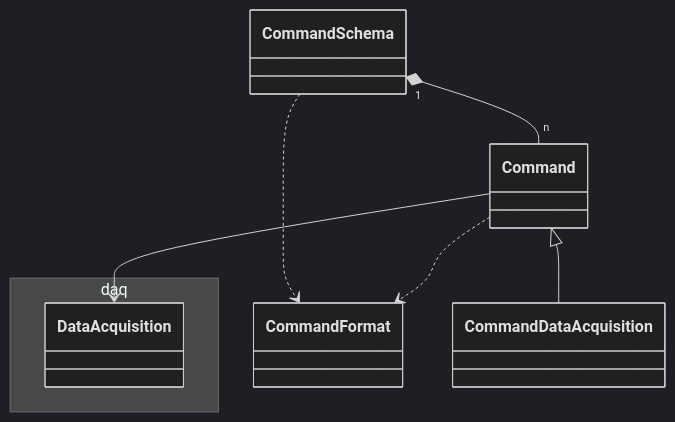
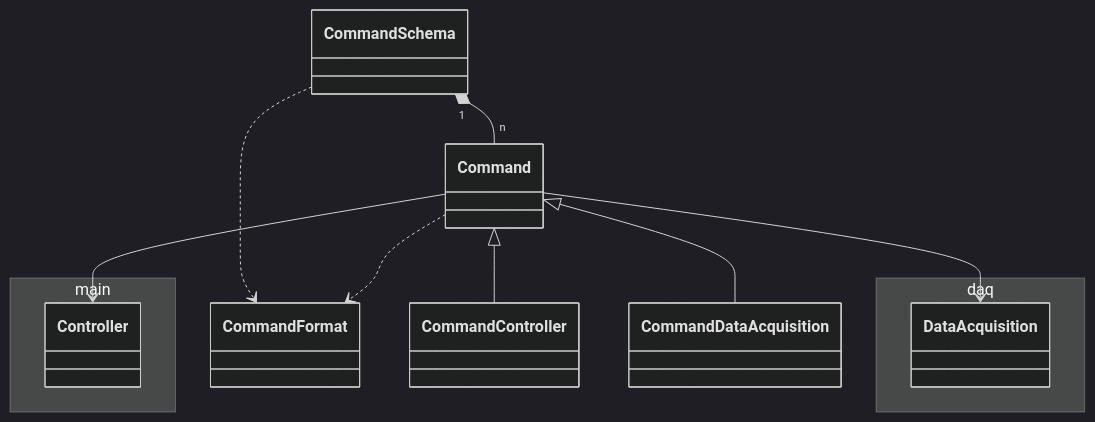
The fifth of 6 diagrams in doc/class_diagram.md (lsst-ts/ts_dynalene), drawn with Mermaid (dark theme) before and after one commit. The commit also changed other lines of this file and 2 other files, not shown here.

````diff
--- a/doc/class_diagram.md
+++ b/doc/class_diagram.md
@@ -143,15 +182,21 @@
 ```mermaid
 classDiagram
+
+namespace main {
+  class Controller
+}
 
 namespace daq {
   class DataAcquisition
 }
 
 CommandSchema "1" *-- "n" Command
 CommandSchema ..> CommandFormat
 
+Command --> Controller
 Command --> DataAcquisition
 Command ..> CommandFormat
 
+Command <|-- CommandController
 Command <|-- CommandDataAcquisition
 ```
````
